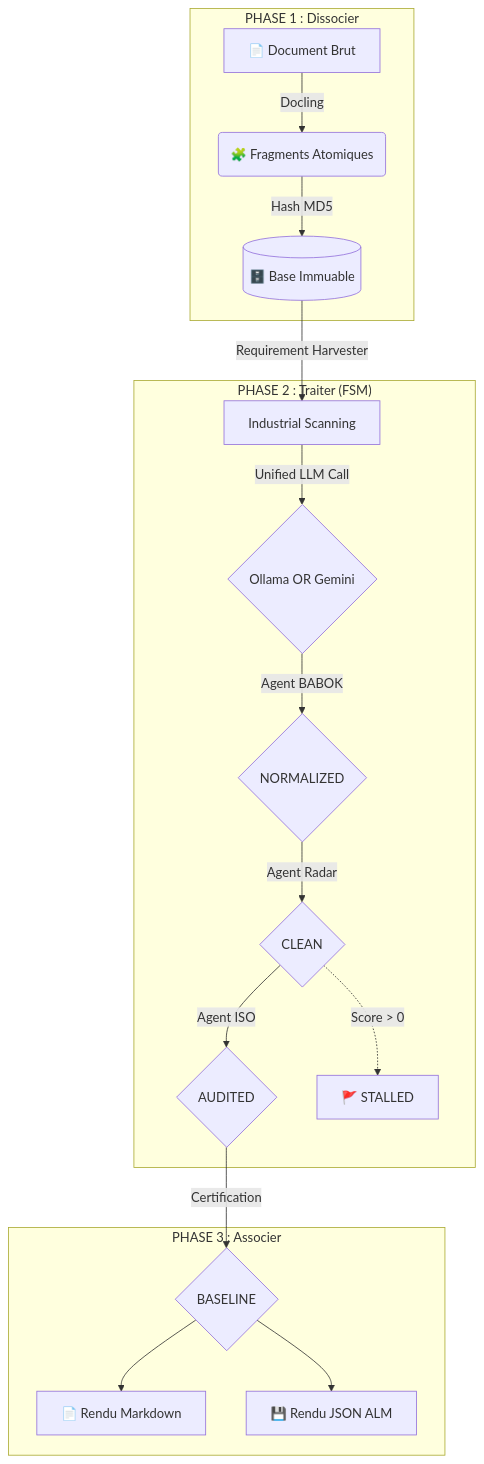
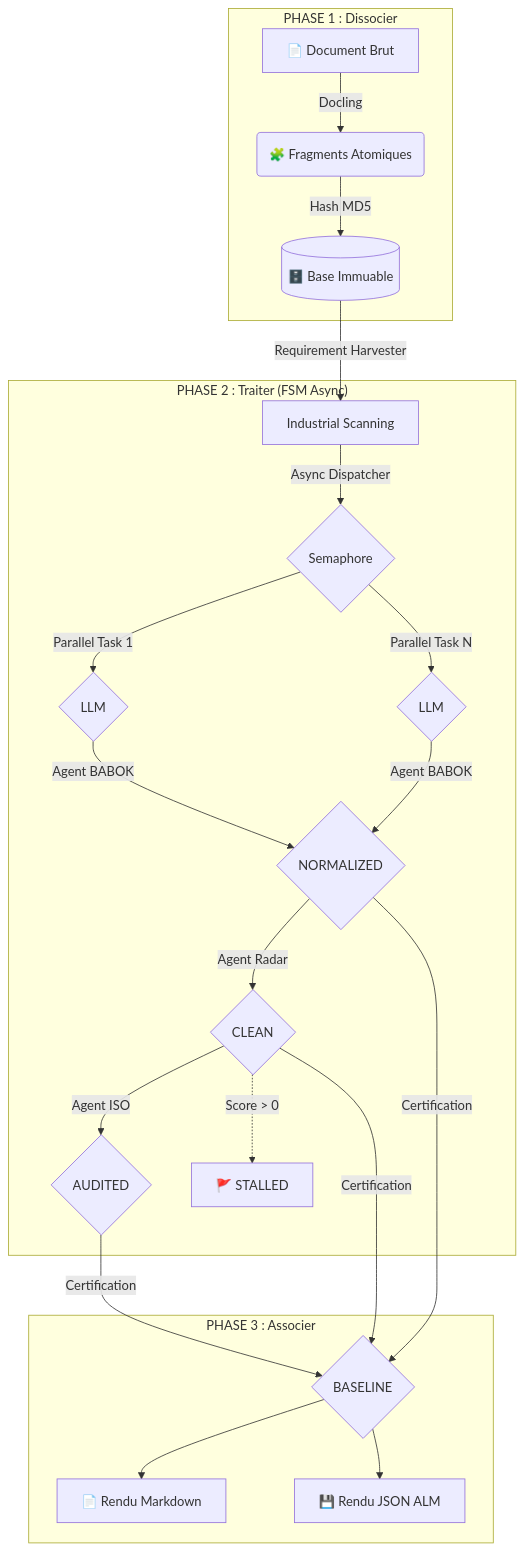
Before and after one commit to RodMan121/rfp-analyse-ia: the diagram in ARCHITECTURE.md, drawn with Mermaid. The commit also changed other lines of this file and 5 other files, not shown here.

````diff
--- a/ARCHITECTURE.md
+++ b/ARCHITECTURE.md
@@ -9,22 +9,24 @@
 ```mermaid
 graph TD
     subgraph "PHASE 1 : Dissocier"
         A[📄 Document Brut] -->|Docling| B(🧩 Fragments Atomiques)
         B -->|Hash MD5| C[(🗄️ Base Immuable)]
     end
     
-    subgraph "PHASE 2 : Traiter (FSM)"
+    subgraph "PHASE 2 : Traiter (FSM Async)"
         C -->|Requirement Harvester| D[Industrial Scanning]
-        D -->|Unified LLM Call| LLM{Ollama OR Gemini}
-        LLM -->|Agent BABOK| E{NORMALIZED}
+        D -->|Async Dispatcher| SEM{Semaphore}
+        SEM -->|Parallel Task 1| LLM1{LLM}
+        SEM -->|Parallel Task N| LLM2{LLM}
+        LLM1 & LLM2 -->|Agent BABOK| E{NORMALIZED}
         E -->|Agent Radar| F{CLEAN}
         F -->|Agent ISO| G{AUDITED}
         F -.->|Score > 0| H[🚩 STALLED]
     end
     
     subgraph "PHASE 3 : Associer"
-        G -->|Certification| I{BASELINE}
+        G & F & E -->|Certification| I{BASELINE}
         I --> J[📄 Rendu Markdown]
         I --> K[💾 Rendu JSON ALM]
     end
 ```
````
